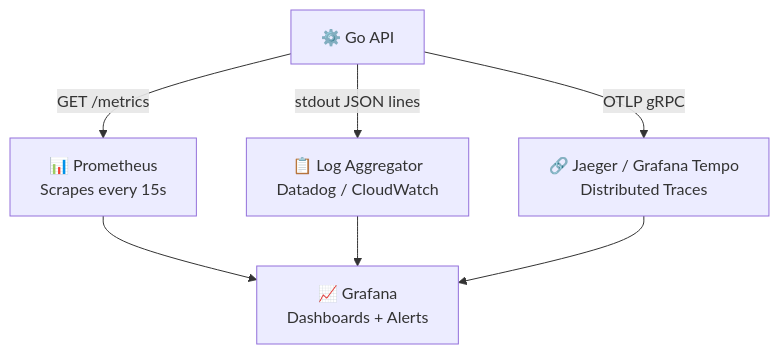
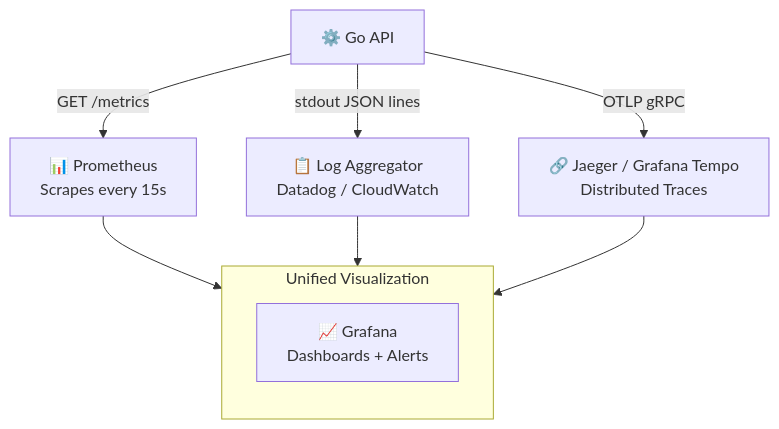
The eighth of 9 diagrams in internal/fundamentals/security-and-observability/04-distributed-tracing.md (romangurevitch/GoTraining), drawn with Mermaid before and after one commit. The commit also changed other lines of this file and 20 other files, not shown here.

````diff
--- a/internal/fundamentals/security-and-observability/04-distributed-tracing.md
+++ b/internal/fundamentals/security-and-observability/04-distributed-tracing.md
@@ -180,12 +171,17 @@
 ```mermaid
-graph TB
+graph TD
     APP["⚙️ Go API"]
 
     APP -->|"stdout JSON lines"| LOGS["📋 Log Aggregator<br/>Datadog / CloudWatch"]
     APP -->|"GET /metrics"| PROM["📊 Prometheus<br/>Scrapes every 15s"]
     APP -->|"OTLP gRPC"| JAEGER["🔗 Jaeger / Grafana Tempo<br/>Distributed Traces"]
 
-    PROM --> GRAF["📈 Grafana<br/>Dashboards + Alerts"]
-    LOGS --> GRAF
-    JAEGER --> GRAF
+    subgraph Dashboard["Unified Visualization"]
+        direction TB
+        GRAF["📈 Grafana<br/>Dashboards + Alerts"]
+    end
+
+    PROM --> Dashboard
+    LOGS --> Dashboard
+    JAEGER --> Dashboard
 ```
````
